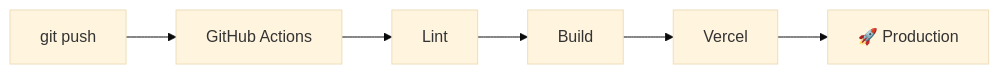
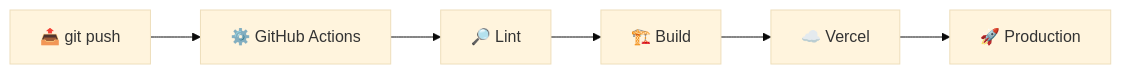
The third of 3 diagrams in README.md (XzGuuhXz/loja), drawn with Mermaid (base theme) before and after one commit. The commit also changed other lines of this file, not shown here.

````diff
--- a/README.md
+++ b/README.md
@@ -257,8 +276,8 @@
 ```mermaid
 flowchart LR
-    A[git push] --> B[GitHub Actions]
-    B --> C[Lint]
-    C --> D[Build]
-    D --> E[Vercel]
-    E --> F[🚀 Production]
+    P[📤 git push] --> CI[⚙️ GitHub Actions]
+    CI --> L[🔎 Lint]
+    L --> B[🏗️ Build]
+    B --> V[☁️ Vercel]
+    V --> PROD[🚀 Production]
 ```
````
